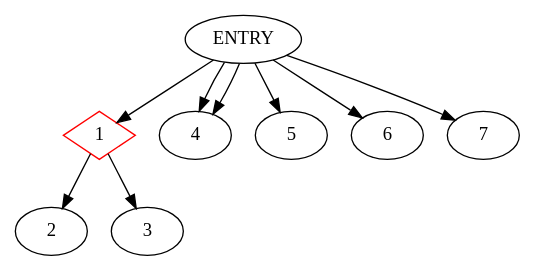
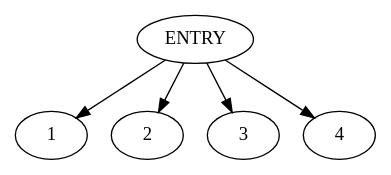
The diagram in Testgen/Testgen_Sonam/Testgen/CDG.dot (akshitij/TestgenRepo), drawn with Graphviz before and after one commit. The commit also changed 16 other files, not shown here.

```diff
--- a/Testgen/Testgen_Sonam/Testgen/CDG.dot
+++ b/Testgen/Testgen_Sonam/Testgen/CDG.dot
@@ -1,11 +1,6 @@
 digraph CDG {
-1 [shape=diamond, color=red]
 ENTRY -> 1
-1-> 2
-1-> 3
+ENTRY -> 2
+ENTRY -> 3
 ENTRY -> 4
-ENTRY -> 4
-ENTRY -> 5
-ENTRY -> 6
-ENTRY -> 7
 }
```
